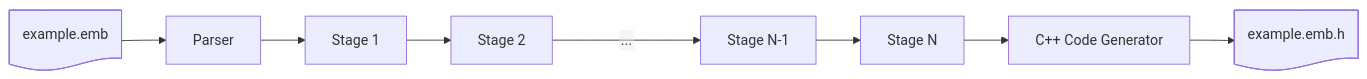
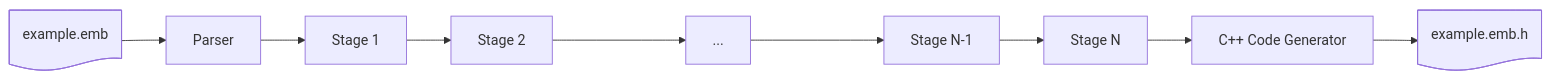
Before and after one commit to reventlov/emboss: the fourth of 5 diagrams in doc/design.md, drawn with Mermaid.

````diff
--- a/doc/design.md
+++ b/doc/design.md
@@ -166,19 +166,21 @@
 ```mermaid
 %%{init: {"flowchart": {"htmlLabels": false}} }%%
 graph LR
     diskstart@{ shape: doc, label: "example.emb" }
     parser["Parser"]
     stage1@{ shape: proc, label: "Stage 1" }
     stage2@{ shape: proc, label: "Stage 2" }
+    stages@{ shape: proc, label: "..." }
     stagenm1@{ shape: proc, label: "Stage N-1" }
     stagen@{ shape: proc, label: "Stage N" }
     backend["C++ Code Generator"]
     diskend@{ shape: doc, label: "example.emb.h" }
     diskstart-->parser
     parser-->stage1
     stage1-->stage2
-    stage2-- "..." ---->stagenm1
+    stage2---->stages
+    stages---->stagenm1
     stagenm1-->stagen
     stagen-->backend
     backend-->diskend
 ```
````
